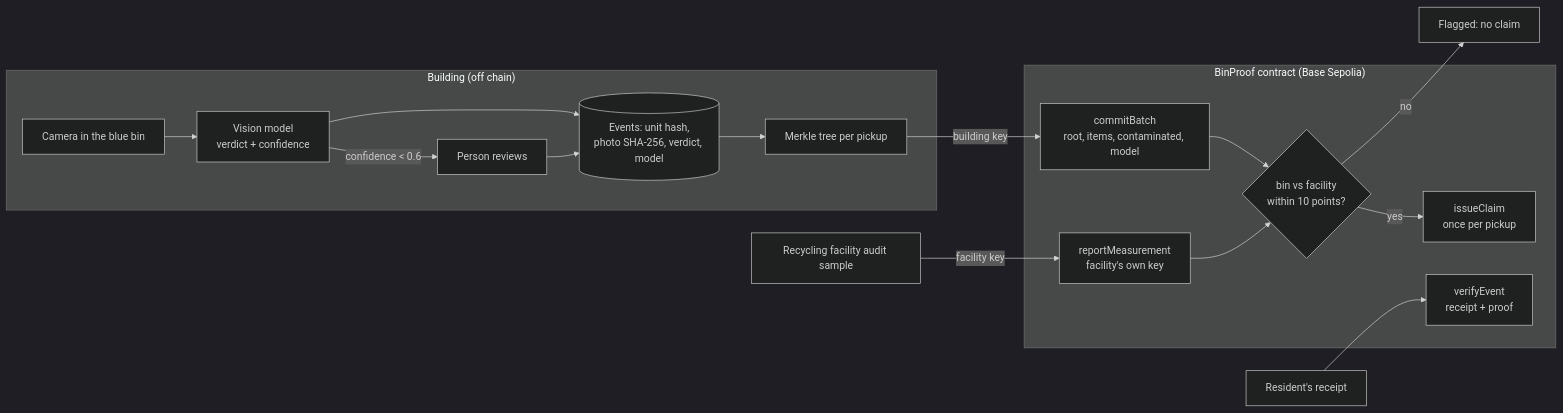
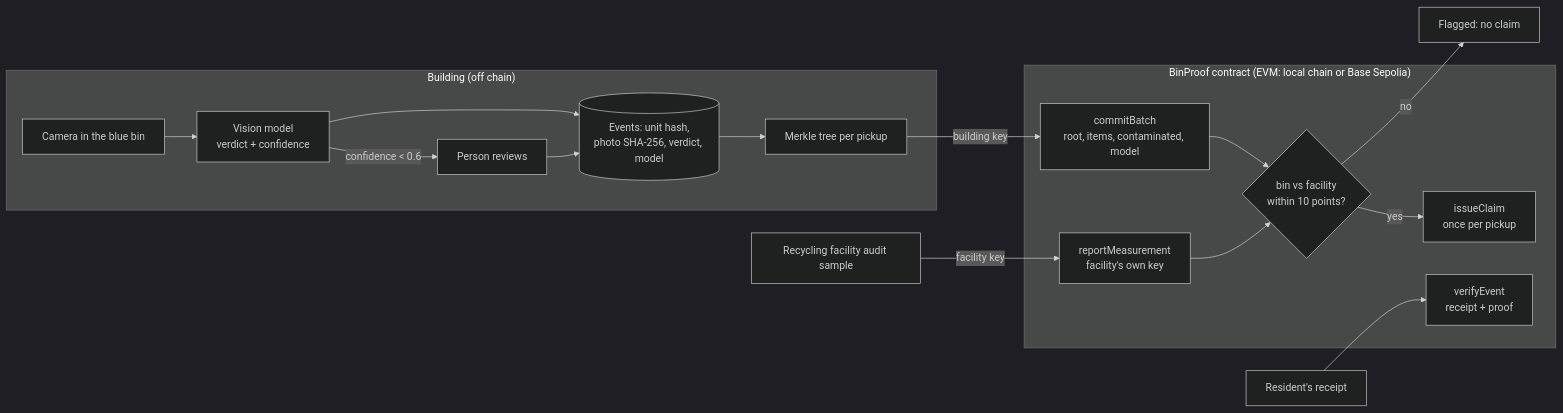
Before and after one commit to sidharthnair7/BinProof: the diagram in README.md, drawn with Mermaid (dark theme). The commit also changed other lines of this file and 4 other files, not shown here.

````diff
--- a/README.md
+++ b/README.md
@@ -25,24 +25,24 @@
 ```mermaid
 flowchart LR
   subgraph Building["Building (off chain)"]
     CAM[Camera in the blue bin] --> AI[Vision model<br/>verdict + confidence]
     AI -->|confidence < 0.6| HUMAN[Person reviews]
     AI --> EV[(Events: unit hash,<br/>photo SHA-256, verdict, model)]
     HUMAN --> EV
     EV --> TREE[Merkle tree per pickup]
   end
-  subgraph Chain["BinProof contract (Base Sepolia)"]
+  subgraph Chain["BinProof contract (EVM: local chain or Base Sepolia)"]
     COMMIT[commitBatch<br/>root, items, contaminated, model]
     MEAS[reportMeasurement<br/>facility's own key]
     REC{bin vs facility<br/>within 10 points?}
     CLAIM[issueClaim<br/>once per pickup]
     VERIFY[verifyEvent<br/>receipt + proof]
   end
   TREE -->|building key| COMMIT
   FAC[Recycling facility audit sample] -->|facility key| MEAS
   COMMIT --> REC
   MEAS --> REC
   REC -->|yes| CLAIM
   REC -->|no| FLAG[Flagged: no claim]
   RES[Resident's receipt] --> VERIFY
 ```
````
